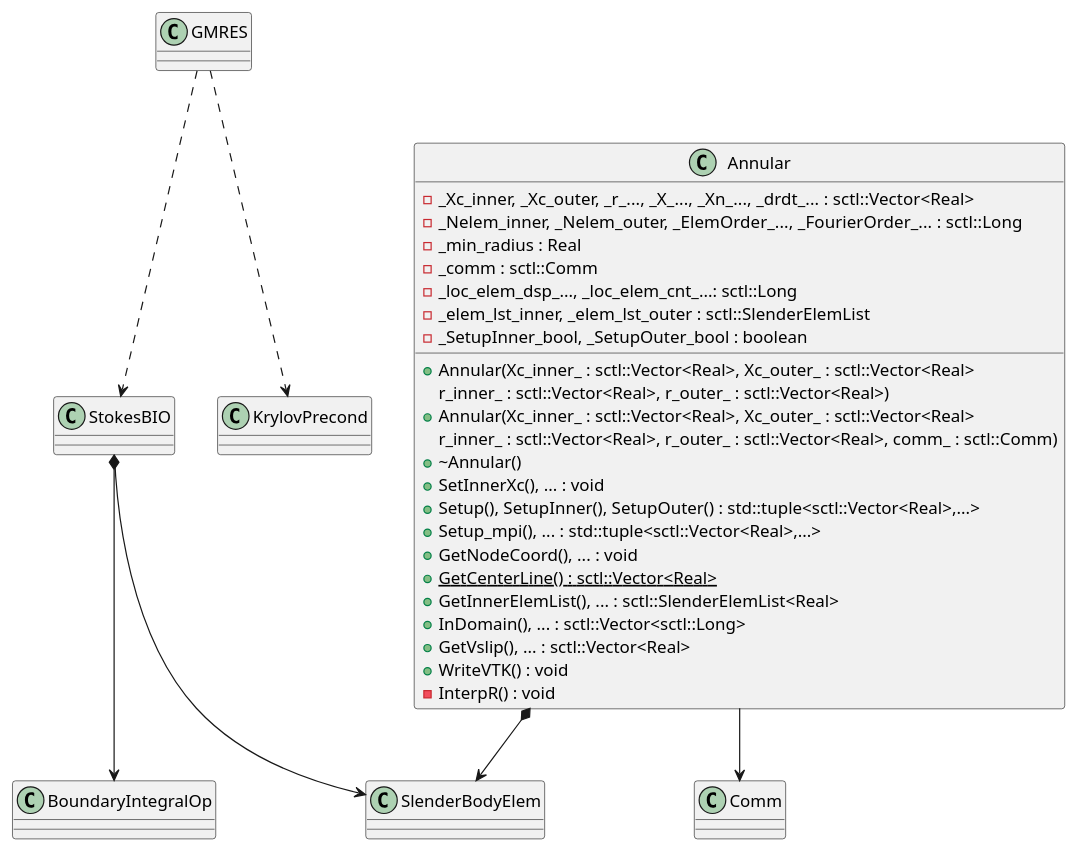
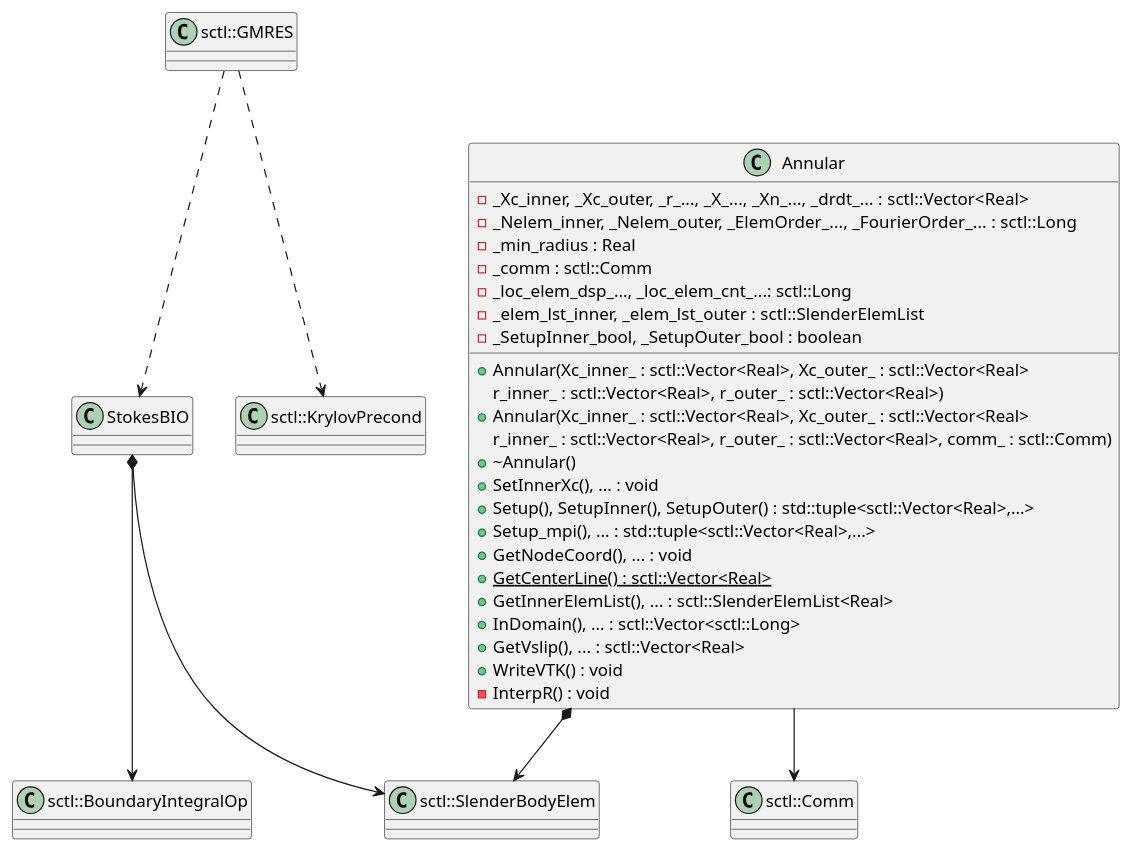
Before and after one commit to TianyueLi75/glymphbie: the diagram in spatial_uml.puml, drawn with PlantUML. The commit also changed 1 other file, not shown here.

Commit message:
minor changes on UML diagrams

```diff
--- a/spatial_uml.puml
+++ b/spatial_uml.puml
@@ -1,46 +1,45 @@
 @startuml csbq
 
-class SlenderBodyElem
-class BoundaryIntegralOp 
+class sctl::SlenderBodyElem
+class sctl::BoundaryIntegralOp 
 class StokesBIO 
-class Comm
+class sctl::Comm
+class sctl::GMRES 
+class sctl::KrylovPrecond 
 
-class GMRES 
-class KrylovPrecond 
-GMRES ..> KrylovPrecond
-
-StokesBIO *--> BoundaryIntegralOp
-StokesBIO --> SlenderBodyElem
-GMRES ..> StokesBIO
+sctl::GMRES ..> sctl::KrylovPrecond
+StokesBIO *--> sctl::BoundaryIntegralOp
+StokesBIO --> sctl::SlenderBodyElem
+sctl::GMRES ..> StokesBIO
 
 class Annular {
     - _Xc_inner, _Xc_outer, _r_..., _X_..., _Xn_..., _drdt_... : sctl::Vector<Real>
     - _Nelem_inner, _Nelem_outer, _ElemOrder_..., _FourierOrder_... : sctl::Long
     - _min_radius : Real
     - _comm : sctl::Comm
     - _loc_elem_dsp_..., _loc_elem_cnt_...: sctl::Long
     - _elem_lst_inner, _elem_lst_outer : sctl::SlenderElemList
     - _SetupInner_bool, _SetupOuter_bool : boolean
 
     + Annular(Xc_inner_ : sctl::Vector<Real>, Xc_outer_ : sctl::Vector<Real>
               r_inner_ : sctl::Vector<Real>, r_outer_ : sctl::Vector<Real>)
     + Annular(Xc_inner_ : sctl::Vector<Real>, Xc_outer_ : sctl::Vector<Real>
               r_inner_ : sctl::Vector<Real>, r_outer_ : sctl::Vector<Real>, comm_ : sctl::Comm)
     + ~Annular()
     + SetInnerXc(), ... : void
     + Setup(), SetupInner(), SetupOuter() : std::tuple<sctl::Vector<Real>,...> 
     + Setup_mpi(), ... : std::tuple<sctl::Vector<Real>,...>
     + GetNodeCoord(), ... : void
     {static} + GetCenterLine() : sctl::Vector<Real>
     + GetInnerElemList(), ... : sctl::SlenderElemList<Real>
     + InDomain(), ... : sctl::Vector<sctl::Long>
     + GetVslip(), ... : sctl::Vector<Real>
     + WriteVTK() : void
     - InterpR() : void
 }
 
-Annular *--> SlenderBodyElem
-Annular --> Comm
+Annular *--> sctl::SlenderBodyElem
+Annular --> sctl::Comm
 
 
 @enduml
```
